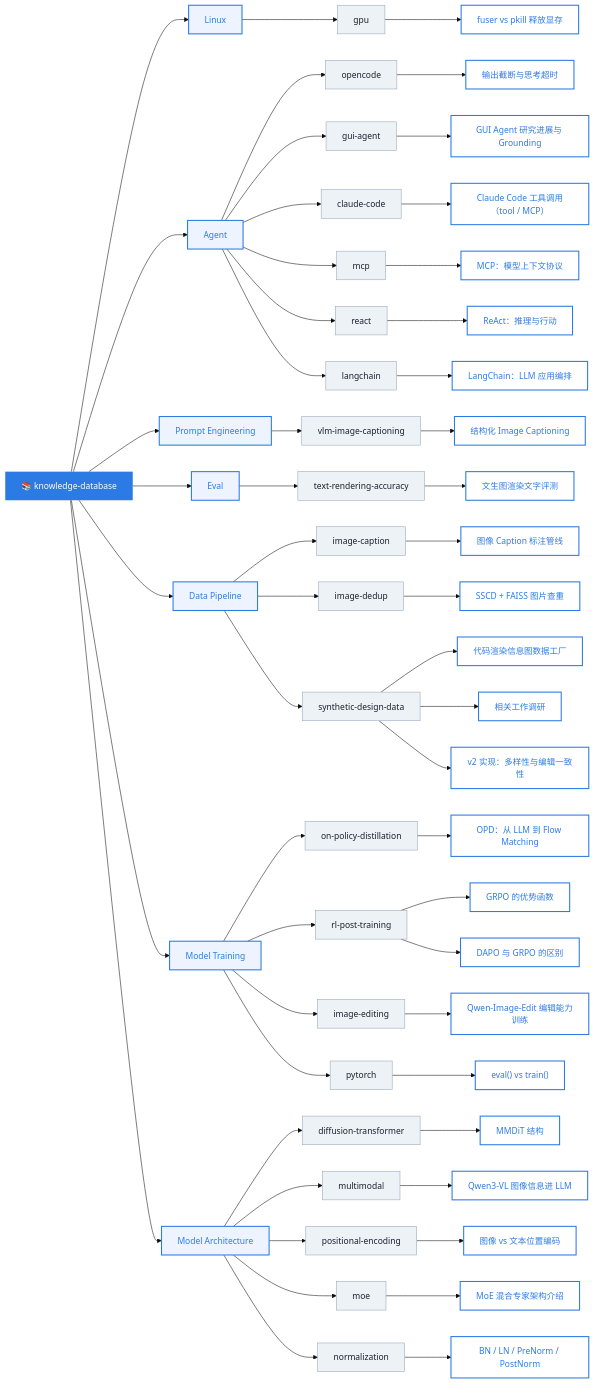
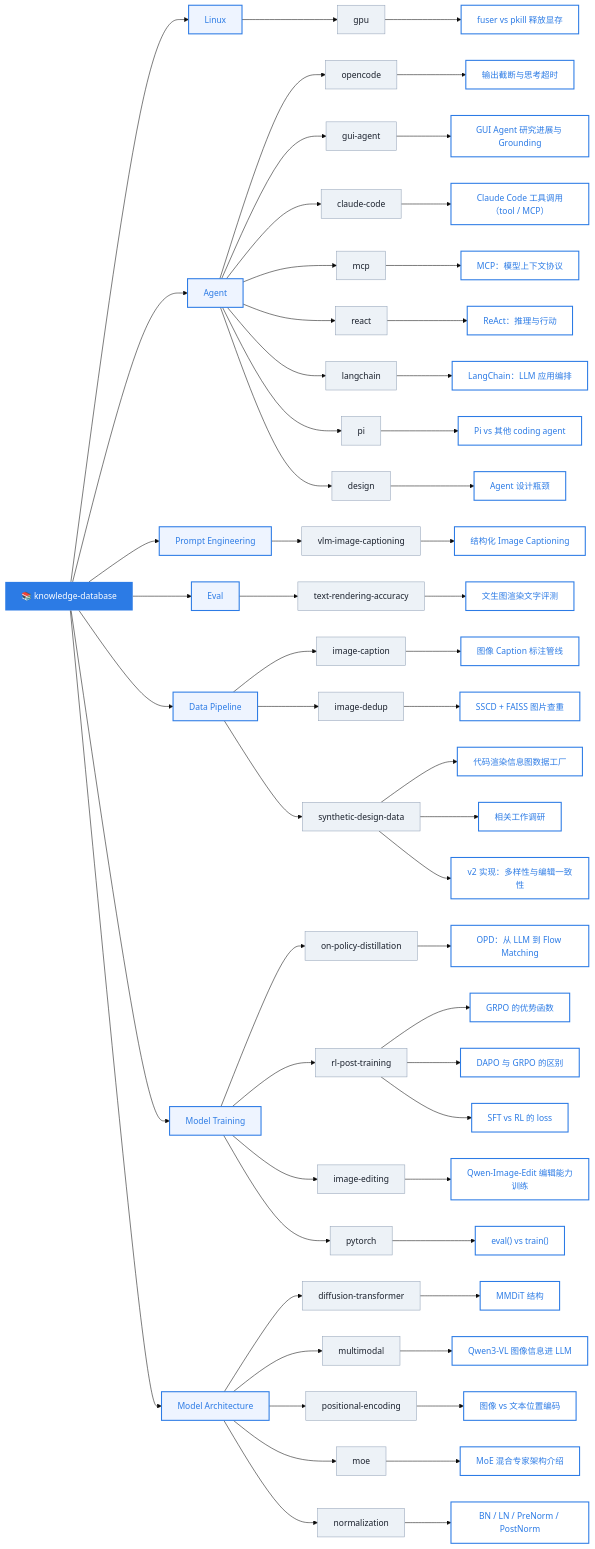
Before and after one commit to caseclose/knowledge-database: the diagram in README.md, drawn with Mermaid (base theme). The commit also changed other lines of this file and 4 other files, not shown here.

First line of the commit message:
add: 三条面试知识点（SFT/RL loss、Pi harness、agent 瓶颈）

````diff
--- a/README.md
+++ b/README.md
@@ -27,12 +27,16 @@
     Agent --> MCP["mcp"]
     Agent --> RA["react"]
     Agent --> LC["langchain"]
+    Agent --> PI["pi"]
+    Agent --> AD["design"]
     OC --> K2["输出截断与思考超时"]
     GUI --> K7["GUI Agent 研究进展与 Grounding"]
     CC --> K12["Claude Code 工具调用（tool / MCP）"]
     MCP --> K20["MCP：模型上下文协议"]
     RA --> K22["ReAct：推理与行动"]
     LC --> K23["LangChain：LLM 应用编排"]
+    PI --> K26["Pi vs 其他 coding agent"]
+    AD --> K27["Agent 设计瓶颈"]
 
     PE --> PE1["vlm-image-captioning"]
     PE1 --> K3["结构化 Image Captioning"]
@@ -57,6 +61,7 @@
     MT --> RLPT["rl-post-training"]
     RLPT --> K13["GRPO 的优势函数"]
     RLPT --> K14["DAPO 与 GRPO 的区别"]
+    RLPT --> K25["SFT vs RL 的 loss"]
     MT --> IE["image-editing"]
     IE --> K15["Qwen-Image-Edit 编辑能力训练"]
     MT --> PT["pytorch"]
@@ -80,8 +85,8 @@
 
     class KB root
     class Linux,Agent,PE,Eval,DP,MT,MA category
-    class GPU,OC,GUI,CC,MCP,RA,LC,PE1,EV1,DP1,DP2,DP3,OPD,RLPT,IE,PT,DT,MM,PEnc,MoE,Norm sub
-    class K1,K2,K3,K4,K5,K6,K7,K8,K9,K10,K11,K12,K13,K14,K15,K16,K17,K18,K19,K20,K21,K22,K23,K24 knowledge
+    class GPU,OC,GUI,CC,MCP,RA,LC,PI,AD,PE1,EV1,DP1,DP2,DP3,OPD,RLPT,IE,PT,DT,MM,PEnc,MoE,Norm sub
+    class K1,K2,K3,K4,K5,K6,K7,K8,K9,K10,K11,K12,K13,K14,K15,K16,K17,K18,K19,K20,K21,K22,K23,K24,K25,K26,K27 knowledge
 
     click K1 href "#/linux/gpu/fuser-vs-pkill-release-gpu-memory"
     click K2 href "#/agent/opencode/output-truncation-and-thinking-timeout"
@@ -107,4 +112,7 @@
     click K22 href "#/agent/react/react-reasoning-and-acting"
     click K23 href "#/agent/langchain/langchain-intro"
     click K24 href "#/model-architecture/normalization/batchnorm-layernorm-prenorm-postnorm"
+    click K25 href "#/model-training/rl-post-training/sft-vs-rl-loss"
+    click K26 href "#/agent/pi/pi-vs-other-agents"
+    click K27 href "#/agent/design/agent-design-bottlenecks"
 ```
````
